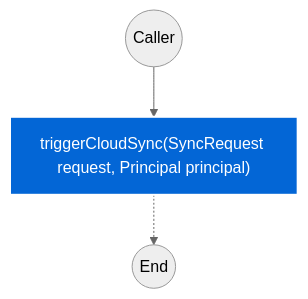
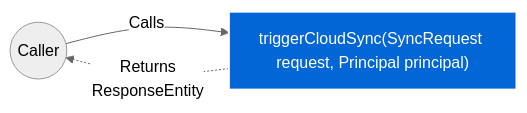
One commit to FelipeMCassiano/geanky changed the fifth of 5 diagrams in docs/BoatSyncController.md. Above: the diagram before and after it, drawn with Mermaid (neutral theme). The commit also changed other lines of this file and 6 other files, not shown here.

````diff
--- a/docs/BoatSyncController.md
+++ b/docs/BoatSyncController.md
@@ -279,11 +298,9 @@
 ```mermaid
-flowchart TD
+flowchart LR
     classDef methodNode fill:#0366d6,stroke:#fff,stroke-width:2px,color:#fff;
-    classDef callNode fill:#f1f8ff,stroke:#0366d6,color:#24292f;
-    classDef ifNode fill:#fff8c5,stroke:#d73a49,color:#24292f;
-    classDef retNode fill:#28a745,stroke:#fff,color:#fff;
+    Caller(("Caller"))
+    Method["triggerCloudSync(SyncRequest request, Principal principal)"]:::methodNode
 
-    START(("Caller")) --> M_ENTRY["triggerCloudSync(SyncRequest request, Principal principal)"]:::methodNode
-    M_ENTRY -.-> END(("End"))
-
+    Caller -- "Calls" --> Method
+    Method -. "Returns<br>ResponseEntity<?>" .-> Caller
 ```
````
